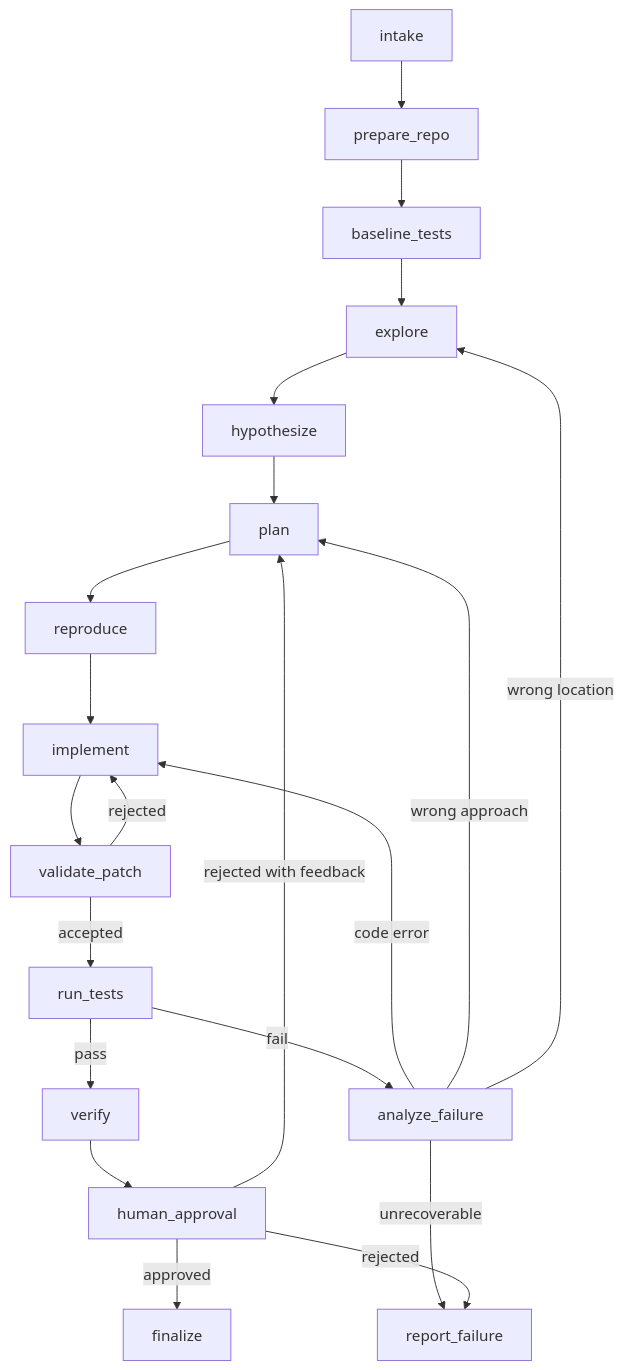
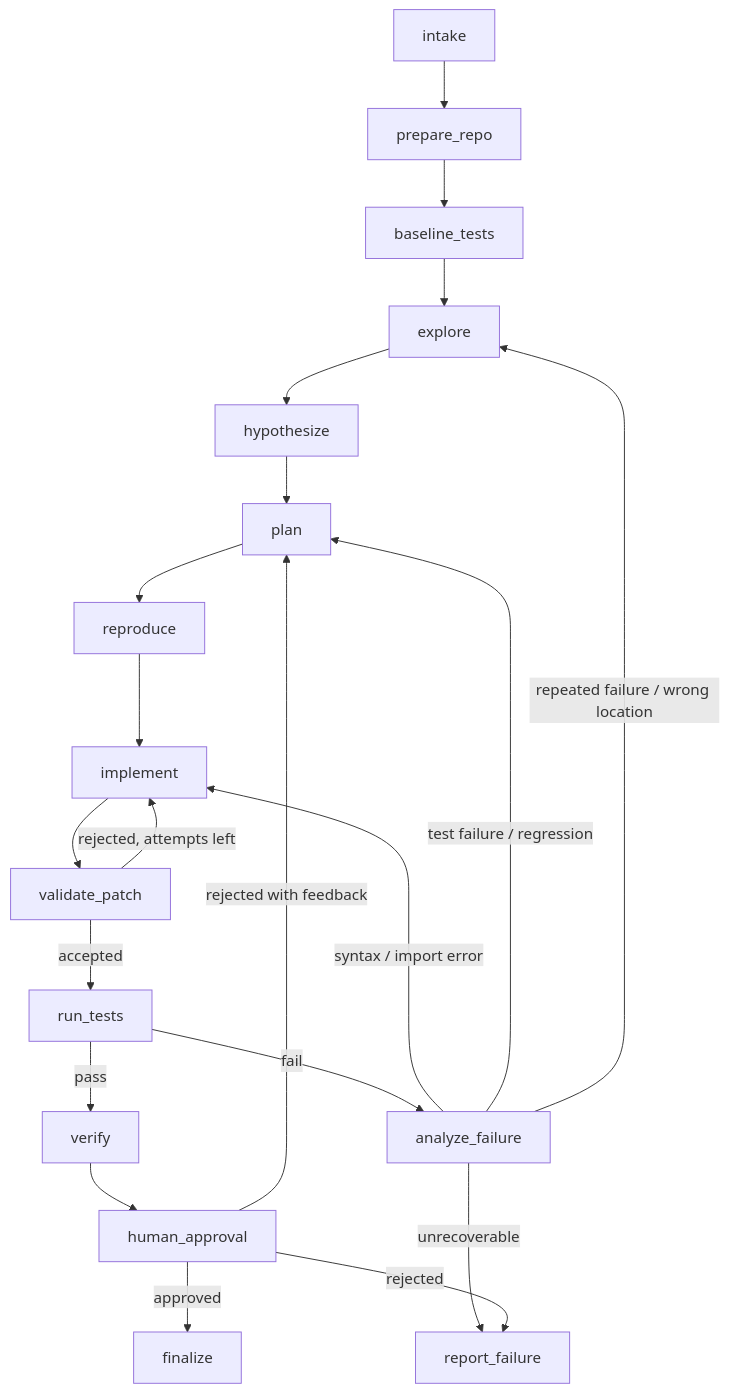
One commit to Sindoo24/Autonomous-SWE-Agent changed the second of 2 diagrams in README.md. Above: the diagram before and after it, drawn with Mermaid. The commit also changed other lines of this file, not shown here.

````diff
--- a/README.md
+++ b/README.md
@@ -73,23 +75,23 @@
 ```mermaid
 flowchart TD
     A[intake] --> B[prepare_repo]
     B --> C[baseline_tests]
     C --> D[explore]
     D --> E[hypothesize]
     E --> F[plan]
     F --> G[reproduce]
     G --> H[implement]
     H --> I[validate_patch]
-    I -- rejected --> H
+    I -- rejected, attempts left --> H
     I -- accepted --> J[run_tests]
     J -- pass --> K[verify]
     J -- fail --> L[analyze_failure]
-    L -- code error --> H
-    L -- wrong approach --> F
-    L -- wrong location --> D
+    L -- syntax / import error --> H
+    L -- test failure / regression --> F
+    L -- repeated failure / wrong location --> D
     L -- unrecoverable --> Z[report_failure]
     K --> M[human_approval]
     M -- approved --> N[finalize]
     M -- rejected with feedback --> F
     M -- rejected --> Z
 ```
````
